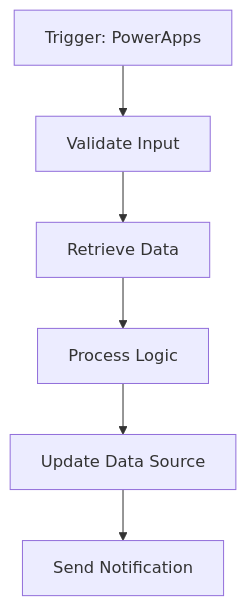
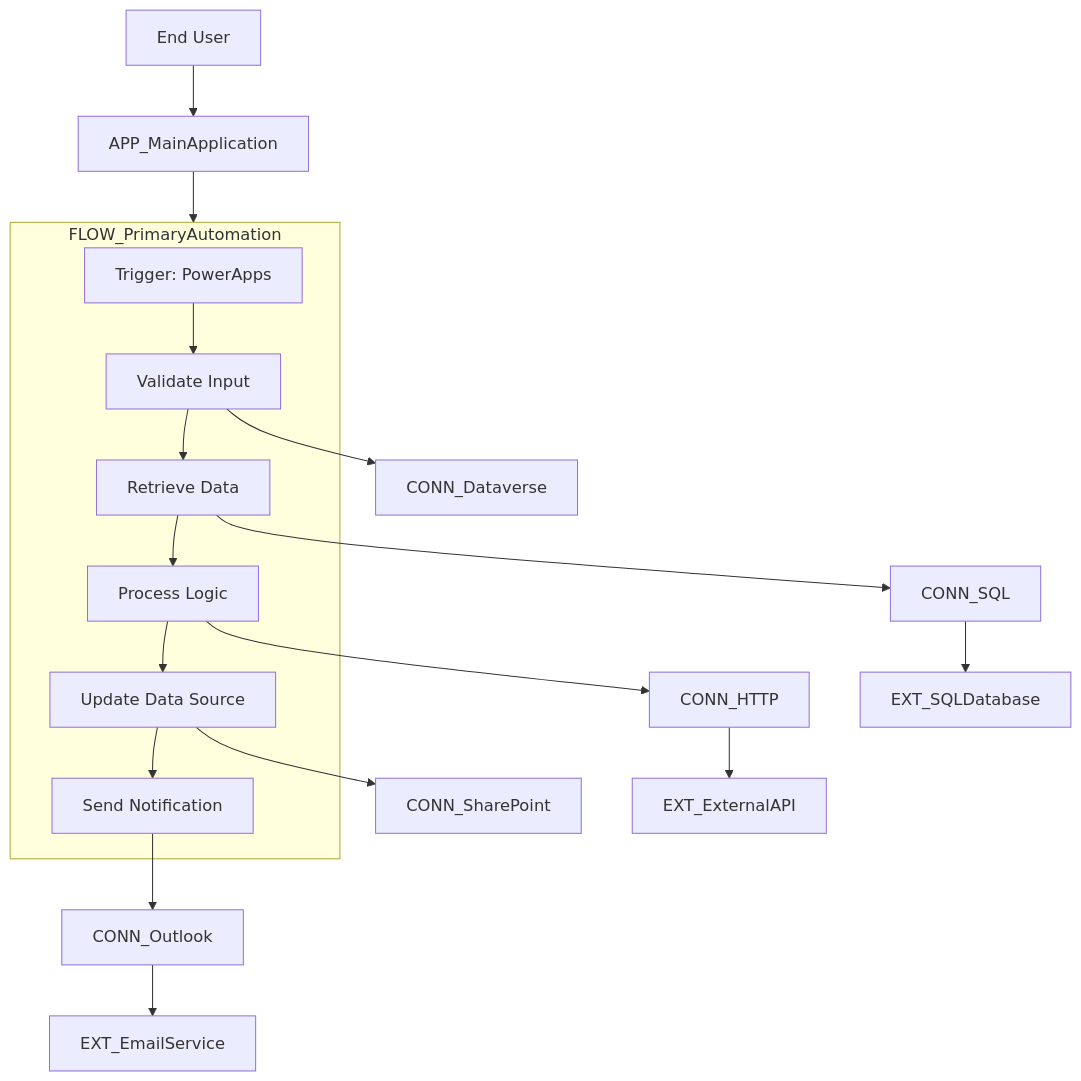
One commit to JoaoManuel2005/ese1 changed the fourth of 4 diagrams in schema/Schema.md. Above: the diagram before and after it, drawn with Mermaid. The commit also changed other lines of this file and 1 other file, not shown here.

Commit message:
[#42] - Join flow execution + connector dependency map as requested by client in feedback

````diff
--- a/schema/Schema.md
+++ b/schema/Schema.md
@@ -189,18 +156,53 @@
 ```mermaid
 flowchart TB
 
-    Trigger[Trigger: PowerApps]
+    %% ==============================
+    %% TRIGGER SOURCE
+    %% ==============================
 
-    Validate[Validate Input]
-    GetData[Retrieve Data]
-    Process[Process Logic]
-    Store[Update Data Source]
-    Notify[Send Notification]
+    APP[APP_MainApplication]
+    USER[End User]
 
-    Trigger --> Validate
-    Validate --> GetData
-    GetData --> Process
-    Process --> Store
-    Store --> Notify
+    USER --> APP
+    APP --> FLOW
 
+    %% ==============================
+    %% FLOW EXECUTION
+    %% ==============================
+
+    subgraph FLOW[FLOW_PrimaryAutomation]
+
+        Trigger[Trigger: PowerApps]
+
+        Validate[Validate Input]
+        GetData[Retrieve Data]
+        Process[Process Logic]
+        Store[Update Data Source]
+        Notify[Send Notification]
+
+        Trigger --> Validate
+        Validate --> GetData
+        GetData --> Process
+        Process --> Store
+        Store --> Notify
+
+    end
+
+    %% ==============================
+    %% CONNECTOR DEPENDENCIES
+    %% ==============================
+
+    Validate --> CONN_Dataverse
+    GetData --> CONN_SQL
+    Process --> CONN_HTTP
+    Store --> CONN_SharePoint
+    Notify --> CONN_Outlook
+
+    %% ==============================
+    %% EXTERNAL SYSTEM DEPENDENCIES
+    %% ==============================
+
+    CONN_HTTP --> EXT_ExternalAPI
+    CONN_Outlook --> EXT_EmailService
+    CONN_SQL --> EXT_SQLDatabase
 ```
````
